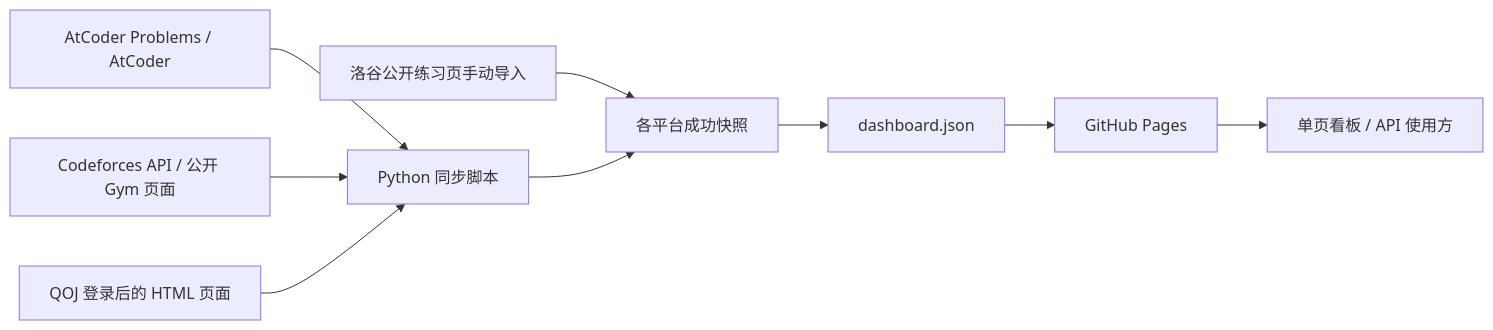
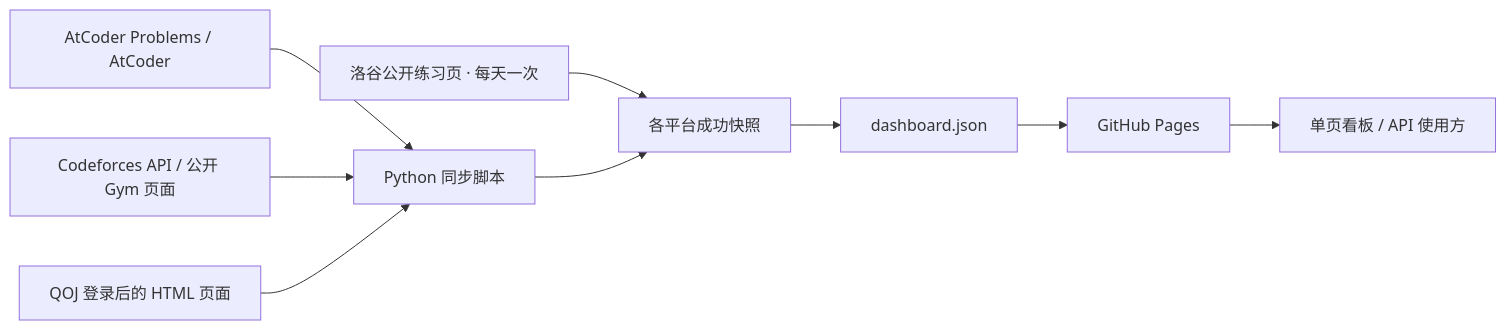
The diagram in README.md (theLucius7/qwq), drawn with Mermaid before and after one commit. The commit also changed other lines of this file and 10 other files, not shown here.

````diff
--- a/README.md
+++ b/README.md
@@ -77,11 +77,11 @@
 ```mermaid
 flowchart LR
     A[AtCoder Problems / AtCoder] --> S[Python 同步脚本]
     C[Codeforces API / 公开 Gym 页面] --> S
     Q[QOJ 登录后的 HTML 页面] --> S
-    L[洛谷公开练习页手动导入] --> P[各平台成功快照]
+    L[洛谷公开练习页 · 每天一次] --> P[各平台成功快照]
     S --> P
     P --> J[dashboard.json]
     J --> G[GitHub Pages]
     G --> U[单页看板 / API 使用方]
 ```
````
